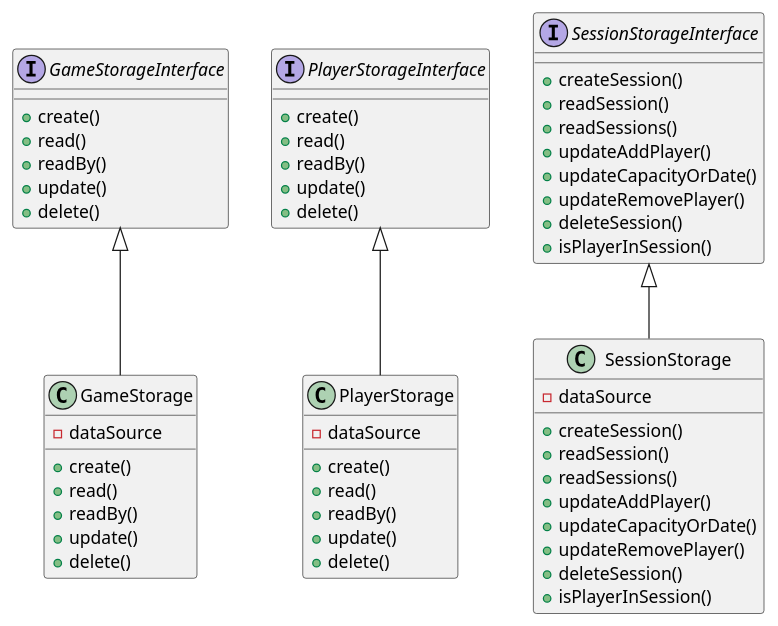
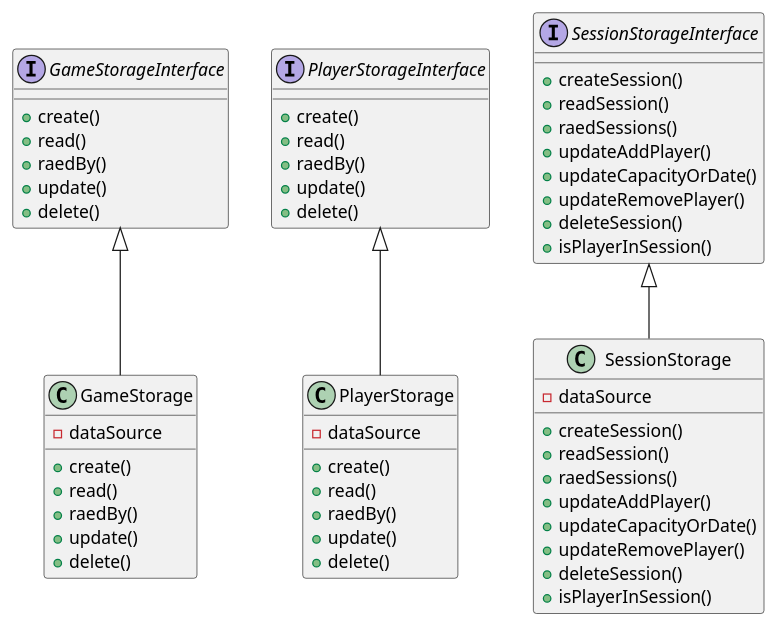
Before and after one commit to Thuzys/Session_Control: the diagram in phase3/src/main/kotlin/pt/isel/ls/storage/StorageDiagram.puml, drawn with PlantUML. The commit also changed 22 other files, not shown here.

```diff
--- a/phase3/src/main/kotlin/pt/isel/ls/storage/StorageDiagram.puml
+++ b/phase3/src/main/kotlin/pt/isel/ls/storage/StorageDiagram.puml
@@ -1,65 +1,65 @@
 @startuml
 'https://plantuml.com/sequence-diagram
 
 Interface GameStorageInterface {
     + create()
     + read()
-    + readBy()
+    + raedBy()
     + update()
     + delete()
 }
 
 Interface PlayerStorageInterface {
     + create()
     + read()
-    + readBy()
+    + raedBy()
     + update()
     + delete()
 }
 
 Interface SessionStorageInterface {
     + createSession()
     + readSession()
-    + readSessions()
+    + raedSessions()
     + updateAddPlayer()
     + updateCapacityOrDate()
     + updateRemovePlayer()
     + deleteSession()
     + isPlayerInSession()
 }
 
 class GameStorage {
     + create()
     + read()
-    + readBy()
+    + raedBy()
     + update()
     + delete()
     - dataSource
 }
 
 class PlayerStorage {
     + create()
     + read()
-    + readBy()
+    + raedBy()
     + update()
     + delete()
     - dataSource
 }
 
 class SessionStorage {
     + createSession()
     + readSession()
-    + readSessions()
+    + raedSessions()
     + updateAddPlayer()
     + updateCapacityOrDate()
     + updateRemovePlayer()
     + deleteSession()
     + isPlayerInSession()
     - dataSource
 }
 
 GameStorageInterface <|-- GameStorage
 PlayerStorageInterface <|-- PlayerStorage
 SessionStorageInterface <|-- SessionStorage
 
 @enduml
```
